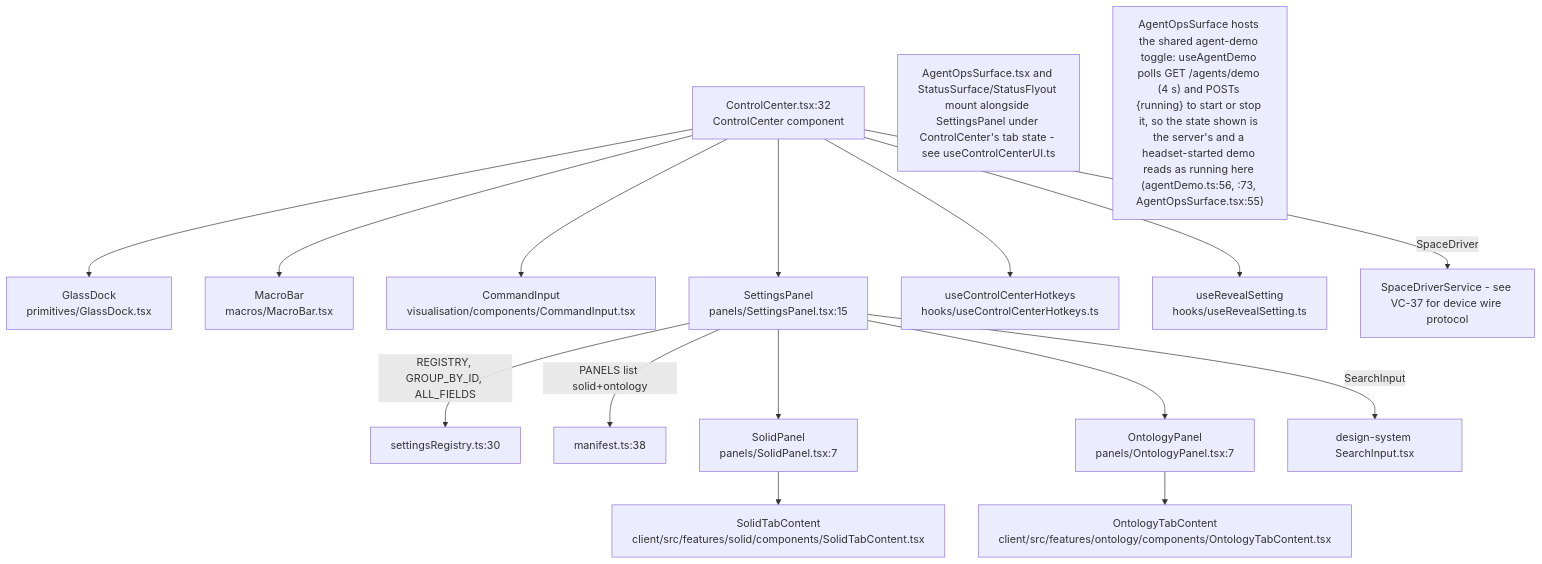
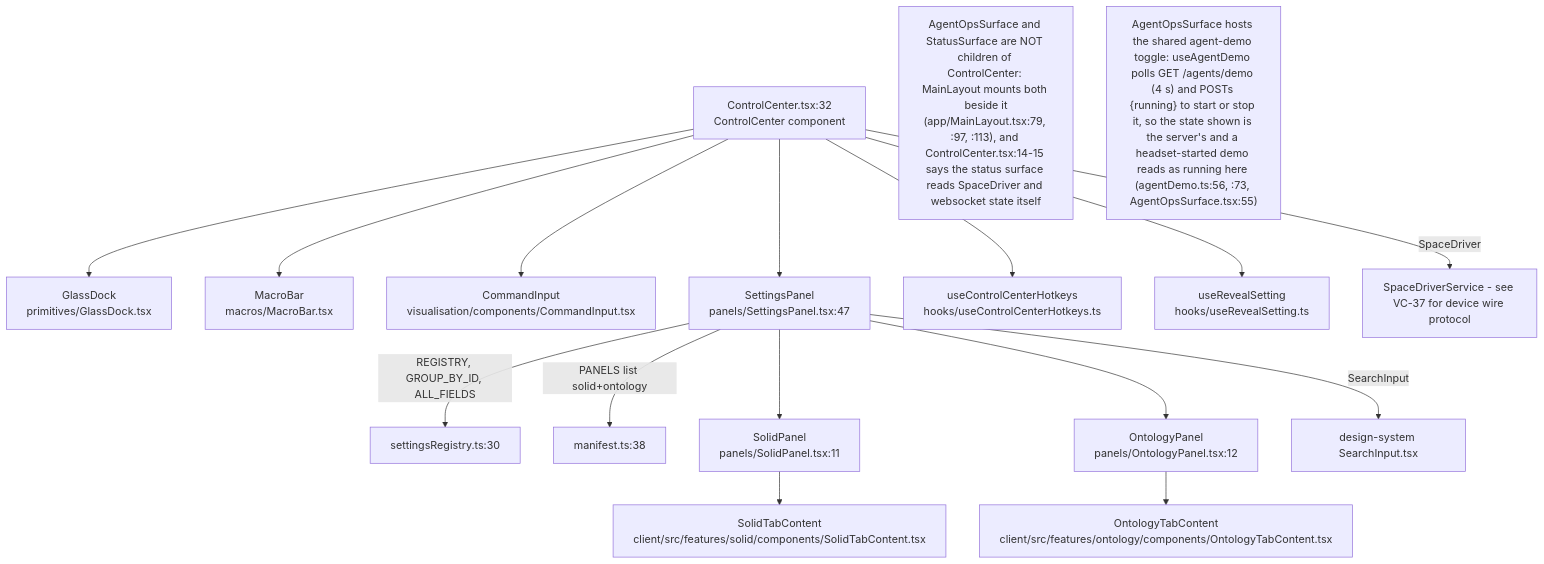
The sixth of 20 diagrams in docs/diagrams/visionclaw/34-client-features.md (DreamLab-AI/VisionFlow), drawn with Mermaid before and after one commit. The commit also changed other lines of this file and 173 other files, not shown here.

````diff
--- a/docs/diagrams/visionclaw/34-client-features.md
+++ b/docs/diagrams/visionclaw/34-client-features.md
@@ -272,19 +287,19 @@
 ```mermaid
 flowchart TD
     CC["ControlCenter.tsx:32<br/>ControlCenter component"] --> Dock["GlassDock<br/>primitives/GlassDock.tsx"]
     CC --> MacroBar["MacroBar<br/>macros/MacroBar.tsx"]
     CC --> CmdInput["CommandInput<br/>visualisation/components/CommandInput.tsx"]
-    CC --> SP["SettingsPanel<br/>panels/SettingsPanel.tsx:15"]
+    CC --> SP["SettingsPanel<br/>panels/SettingsPanel.tsx:47"]
     SP -->|REGISTRY, GROUP_BY_ID, ALL_FIELDS| Reg["settingsRegistry.ts:30"]
     SP -->|PANELS list solid+ontology| Man["manifest.ts:38"]
-    SP --> SolidPanel["SolidPanel<br/>panels/SolidPanel.tsx:7"]
-    SP --> OntPanel["OntologyPanel<br/>panels/OntologyPanel.tsx:7"]
+    SP --> SolidPanel["SolidPanel<br/>panels/SolidPanel.tsx:11"]
+    SP --> OntPanel["OntologyPanel<br/>panels/OntologyPanel.tsx:12"]
     SolidPanel --> SolidTab["SolidTabContent<br/>client/src/features/solid/components/SolidTabContent.tsx"]
     OntPanel --> OntTab["OntologyTabContent<br/>client/src/features/ontology/components/OntologyTabContent.tsx"]
     SP -->|SearchInput| DS["design-system SearchInput.tsx"]
     CC --> Hotkeys["useControlCenterHotkeys<br/>hooks/useControlCenterHotkeys.ts"]
     CC --> Reveal["useRevealSetting<br/>hooks/useRevealSetting.ts"]
     CC -->|SpaceDriver| SPD["SpaceDriverService - see VC-37 for device wire protocol"]
-    Note1["AgentOpsSurface.tsx and StatusSurface/StatusFlyout mount alongside SettingsPanel under ControlCenter's tab state - see useControlCenterUI.ts"]
+    Note1["AgentOpsSurface and StatusSurface are NOT children of ControlCenter: MainLayout mounts both beside it<br/>(app/MainLayout.tsx:79, :97, :113), and ControlCenter.tsx:14-15 says the status surface reads SpaceDriver and websocket state itself"]
     Note2["AgentOpsSurface hosts the shared agent-demo toggle: useAgentDemo polls GET /agents/demo (4 s) and POSTs {running} to start or stop it, so the state shown is the server's and a headset-started demo reads as running here (agentDemo.ts:56, :73, AgentOpsSurface.tsx:55)"]
 ```
````
